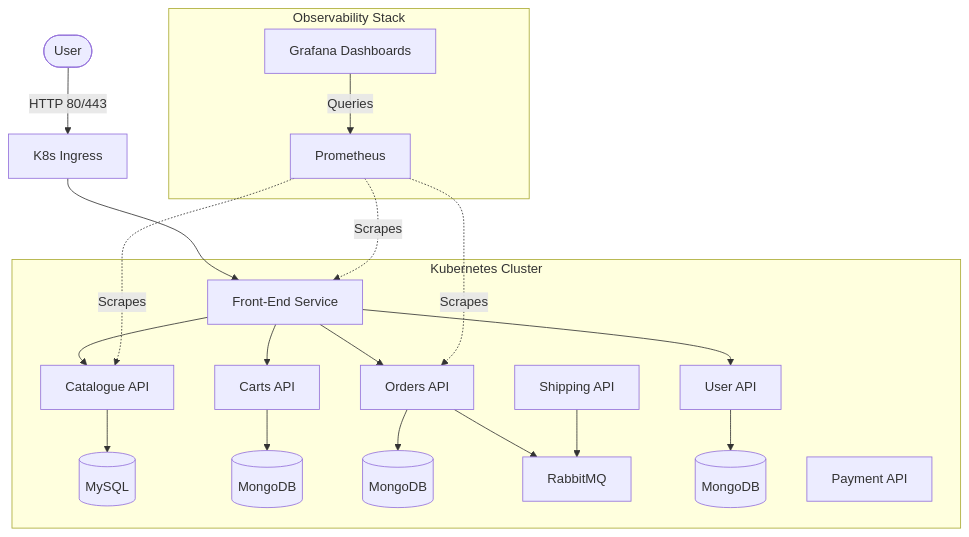
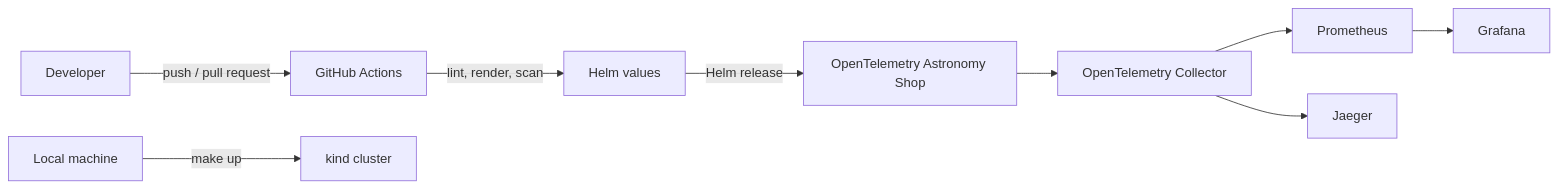
One commit to letsconfuse/sock-shop-devops changed the diagram in README.md. Above: the diagram before and after it, drawn with Mermaid. The commit also changed other lines of this file and 33 other files, not shown here.

Commit message:
Astronomy Shop

````diff
--- a/README.md
+++ b/README.md
@@ -16,28 +18,11 @@
 ```mermaid
-graph TD
-    User([User]) -->|HTTP 80/443| Ingress[K8s Ingress]
-    Ingress --> FrontEnd[Front-End Service]
-    
-    subgraph K8s Cluster [Kubernetes Cluster]
-      FrontEnd --> Catalogue[Catalogue API]
-      FrontEnd --> Carts[Carts API]
-      FrontEnd --> Orders[Orders API]
-      FrontEnd --> UserSvc[User API]
-      
-      Catalogue --> CatDB[(MySQL)]
-      Carts --> CartsDB[(MongoDB)]
-      Orders --> OrdersDB[(MongoDB)]
-      Orders --> RabbitMQ[RabbitMQ]
-      UserSvc --> UserDB[(MongoDB)]
-      
-      Shipping[Shipping API] --> RabbitMQ
-      Payment[Payment API]
-    end
-
-    subgraph Observability Stack
-      Prometheus[Prometheus] -.->|Scrapes| FrontEnd
-      Prometheus -.->|Scrapes| Catalogue
-      Prometheus -.->|Scrapes| Orders
-      Grafana[Grafana Dashboards] -->|Queries| Prometheus
-    end
+flowchart LR
+  Dev[Developer] -->|push / pull request| CI[GitHub Actions]
+  CI -->|lint, render, scan| Chart[Helm values]
+  User[Local machine] -->|make up| Kind[kind cluster]
+  Chart -->|Helm release| Shop[OpenTelemetry Astronomy Shop]
+  Shop --> Collector[OpenTelemetry Collector]
+  Collector --> Prom[Prometheus]
+  Collector --> Jaeger[Jaeger]
+  Prom --> Grafana[Grafana]
 ```
````
